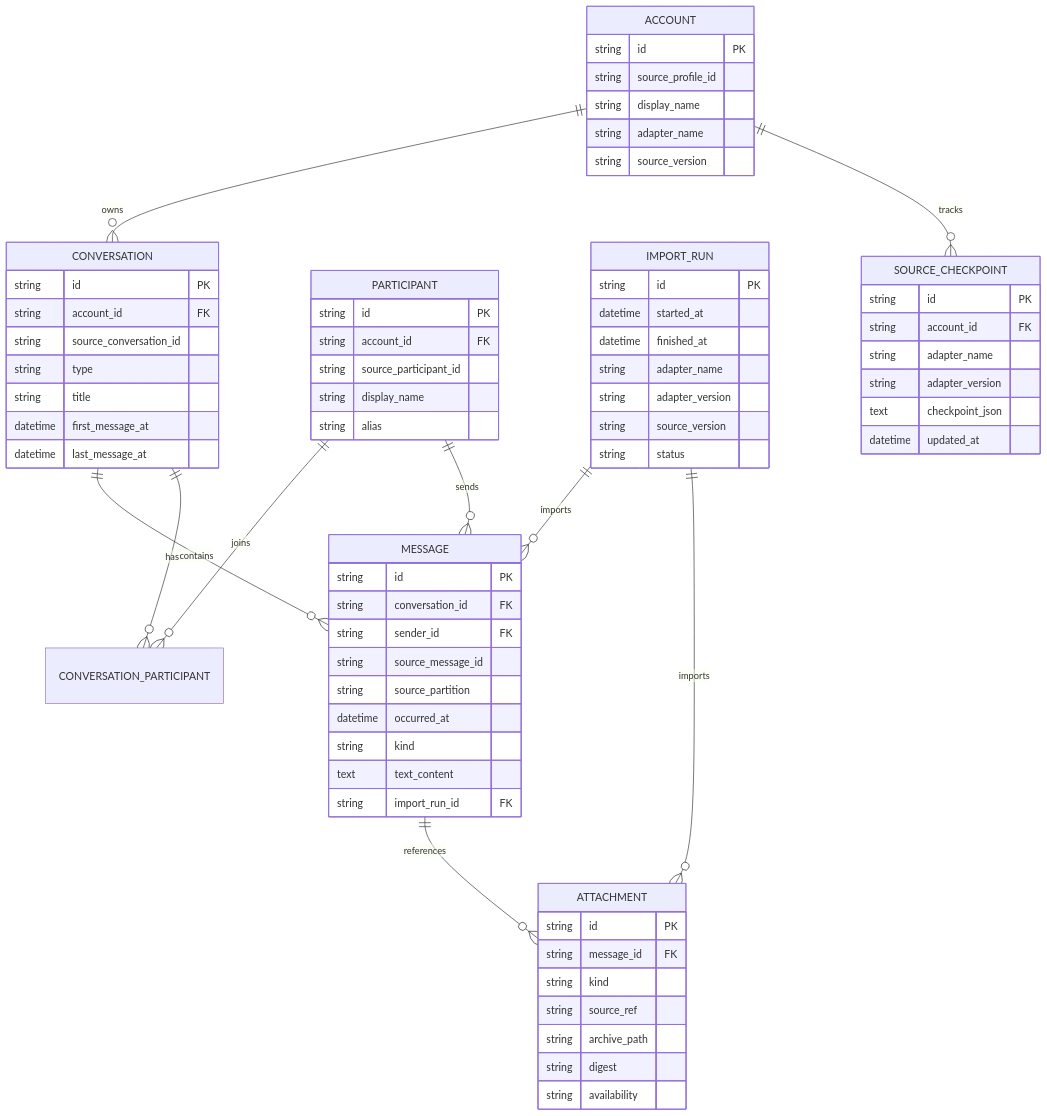
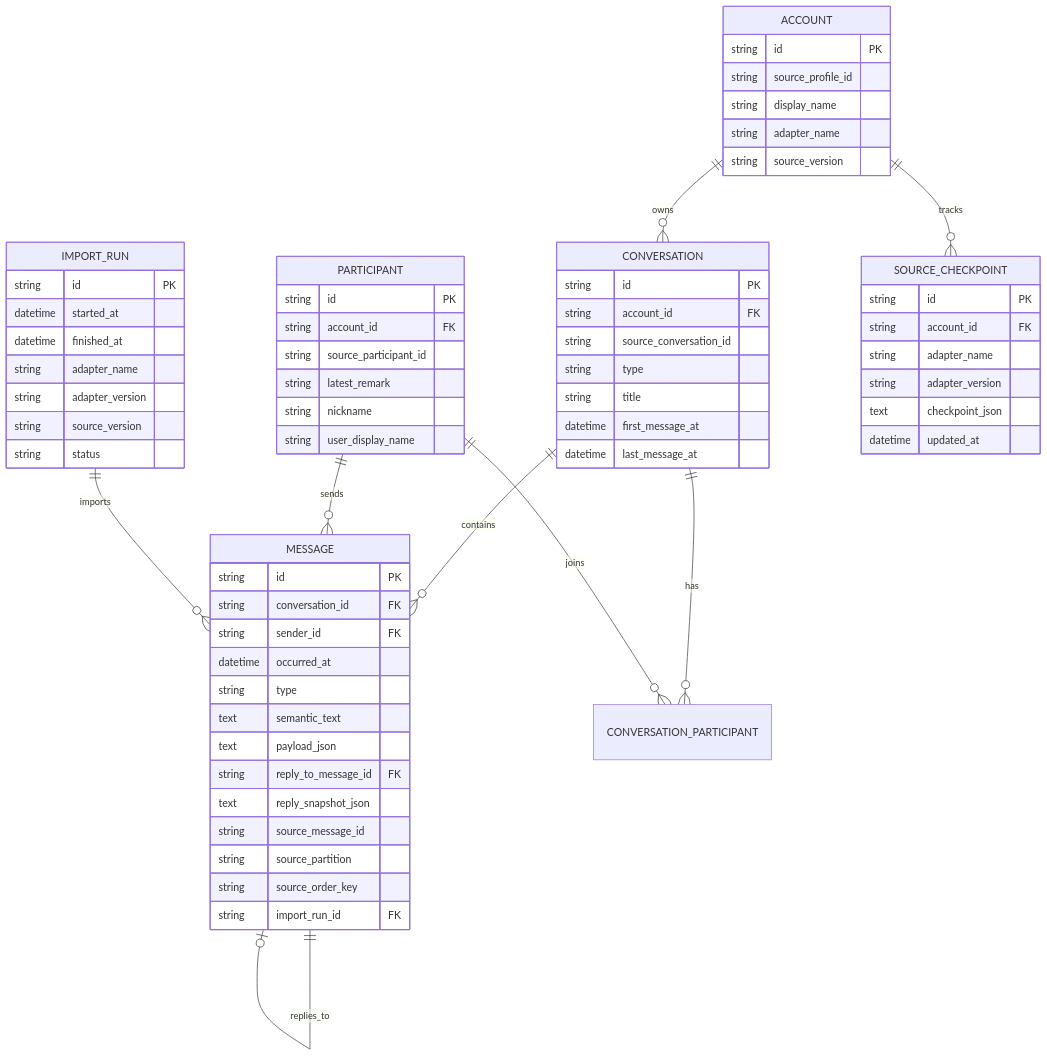
Before and after one commit to lybym/WeArchive: the diagram in docs/DATA_MODEL.md, drawn with Mermaid. The commit also changed other lines of this file, not shown here.

Commit message:
docs: align data model with canonical message schema

````diff
--- a/docs/DATA_MODEL.md
+++ b/docs/DATA_MODEL.md
@@ -20,79 +24,73 @@
 ```mermaid
 erDiagram
     ACCOUNT ||--o{ CONVERSATION : owns
     CONVERSATION ||--o{ MESSAGE : contains
     CONVERSATION ||--o{ CONVERSATION_PARTICIPANT : has
     PARTICIPANT ||--o{ CONVERSATION_PARTICIPANT : joins
     PARTICIPANT ||--o{ MESSAGE : sends
-    MESSAGE ||--o{ ATTACHMENT : references
+    MESSAGE ||--o| MESSAGE : replies_to
     IMPORT_RUN ||--o{ MESSAGE : imports
-    IMPORT_RUN ||--o{ ATTACHMENT : imports
     ACCOUNT ||--o{ SOURCE_CHECKPOINT : tracks
 
     ACCOUNT {
         string id PK
         string source_profile_id
         string display_name
         string adapter_name
         string source_version
     }
 
     CONVERSATION {
         string id PK
         string account_id FK
         string source_conversation_id
         string type
         string title
         datetime first_message_at
         datetime last_message_at
     }
 
     PARTICIPANT {
         string id PK
         string account_id FK
         string source_participant_id
-        string display_name
-        string alias
+        string latest_remark
+        string nickname
+        string user_display_name
     }
 
     MESSAGE {
         string id PK
         string conversation_id FK
         string sender_id FK
+        datetime occurred_at
+        string type
+        text semantic_text
+        text payload_json
+        string reply_to_message_id FK
+        text reply_snapshot_json
         string source_message_id
         string source_partition
-        datetime occurred_at
-        string kind
-        text text_content
+        string source_order_key
         string import_run_id FK
-    }
-
-    ATTACHMENT {
-        string id PK
-        string message_id FK
-        string kind
-        string source_ref
-        string archive_path
-        string digest
-        string availability
     }
 
     IMPORT_RUN {
         string id PK
         datetime started_at
         datetime finished_at
         string adapter_name
         string adapter_version
         string source_version
         string status
     }
 
     SOURCE_CHECKPOINT {
         string id PK
         string account_id FK
         string adapter_name
         string adapter_version
         text checkpoint_json
         datetime updated_at
     }
 ```
````
